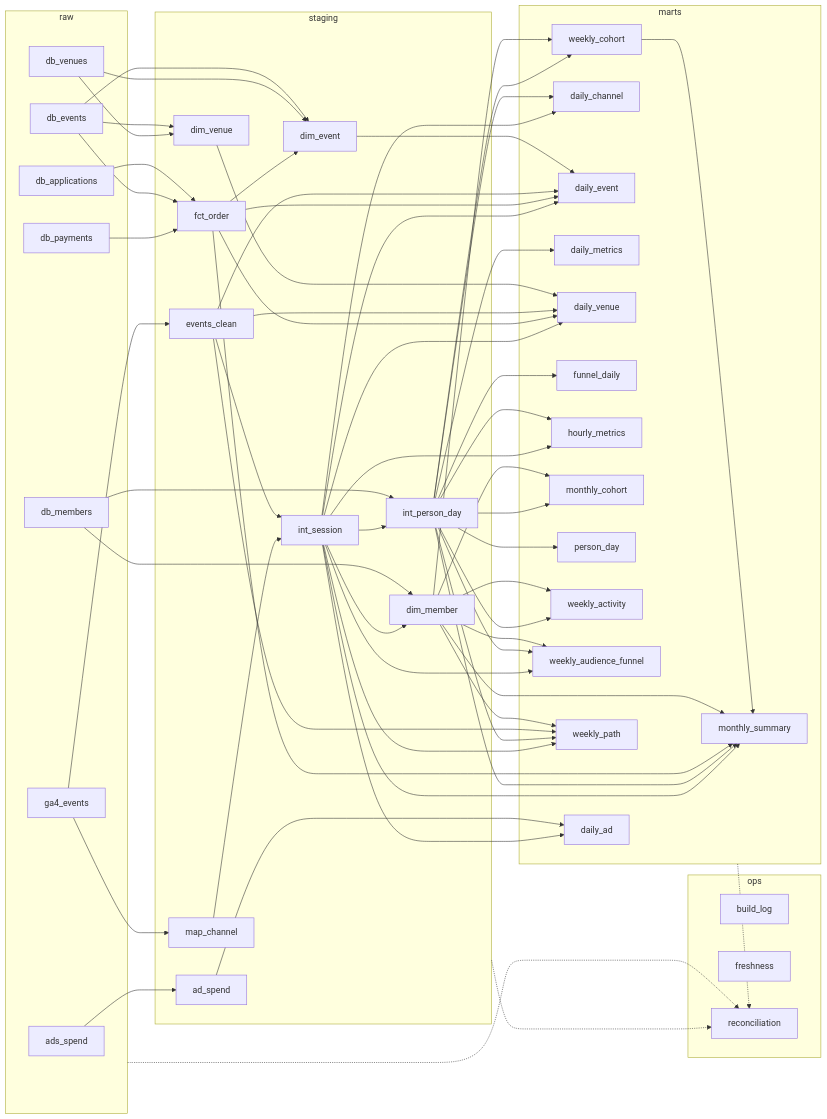
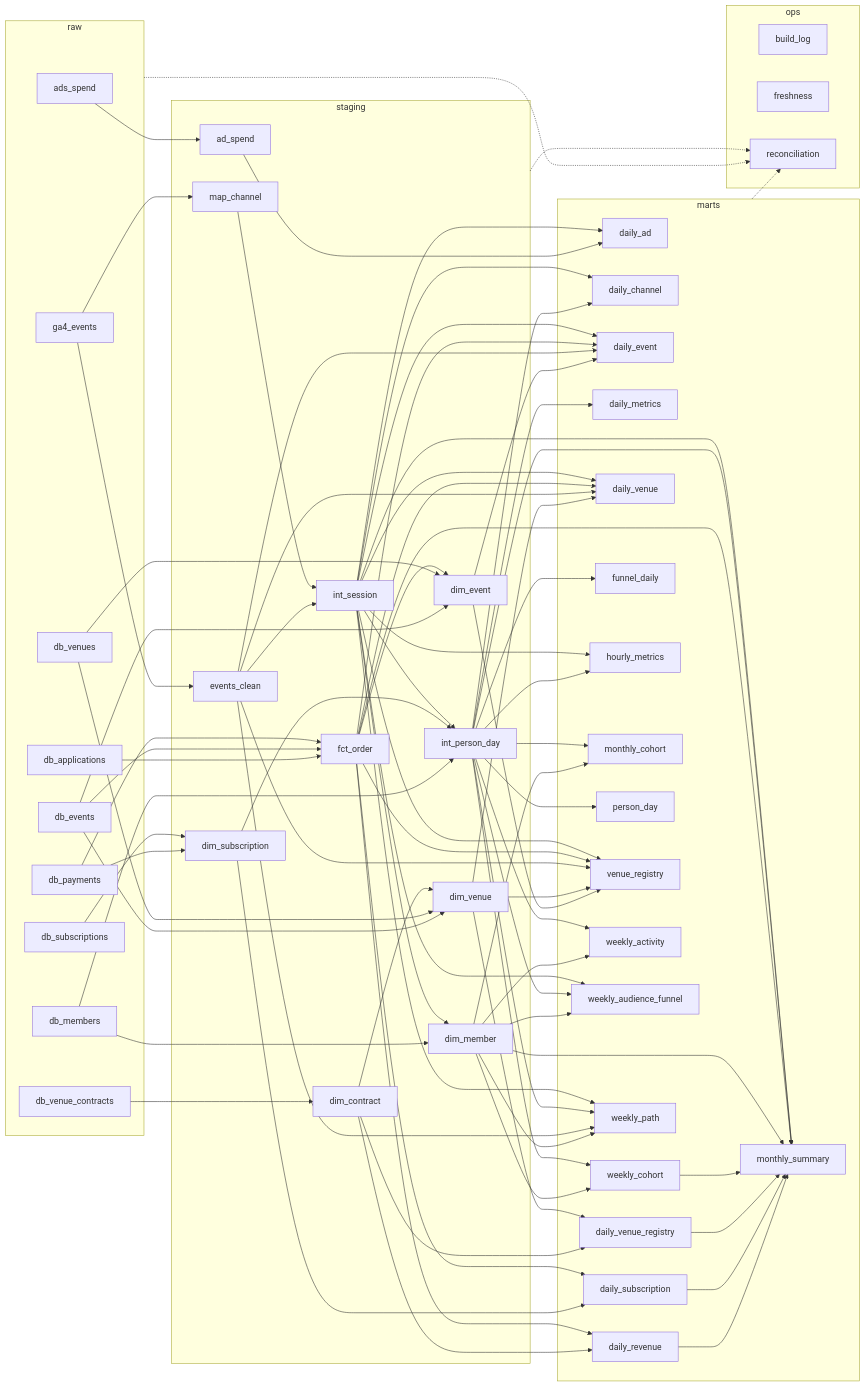
Before and after one commit to youuuchul/nightpulse-analytics: the diagram in bigquery/README.md, drawn with Mermaid. The commit also changed other lines of this file and 92 other files, not shown here.

```diff
--- a/bigquery/README.md
+++ b/bigquery/README.md
@@ -93,15 +101,19 @@
     raw_db_events["db_events"]
     raw_db_applications["db_applications"]
     raw_db_payments["db_payments"]
+    raw_db_venue_contracts["db_venue_contracts"]
+    raw_db_subscriptions["db_subscriptions"]
     raw_ads_spend["ads_spend"]
   end
   subgraph staging
     staging_map_channel["map_channel"]
     staging_events_clean["events_clean"]
     staging_int_session["int_session"]
+    staging_dim_subscription["dim_subscription"]
     staging_int_person_day["int_person_day"]
     staging_dim_member["dim_member"]
     staging_ad_spend["ad_spend"]
+    staging_dim_contract["dim_contract"]
     staging_dim_event["dim_event"]
     staging_dim_venue["dim_venue"]
     staging_fct_order["fct_order"]
@@ -111,12 +123,16 @@
     marts_daily_channel["daily_channel"]
     marts_daily_event["daily_event"]
     marts_daily_metrics["daily_metrics"]
+    marts_daily_revenue["daily_revenue"]
+    marts_daily_subscription["daily_subscription"]
     marts_daily_venue["daily_venue"]
+    marts_daily_venue_registry["daily_venue_registry"]
     marts_funnel_daily["funnel_daily"]
     marts_hourly_metrics["hourly_metrics"]
     marts_monthly_cohort["monthly_cohort"]
     marts_monthly_summary["monthly_summary"]
     marts_person_day["person_day"]
+    marts_venue_registry["venue_registry"]
     marts_weekly_activity["weekly_activity"]
     marts_weekly_audience_funnel["weekly_audience_funnel"]
     marts_weekly_cohort["weekly_cohort"]
@@ -131,16 +147,21 @@
   raw_ga4_events --> staging_events_clean
   staging_events_clean --> staging_int_session
   staging_map_channel --> staging_int_session
+  raw_db_payments --> staging_dim_subscription
+  raw_db_subscriptions --> staging_dim_subscription
   raw_db_members --> staging_int_person_day
+  staging_dim_subscription --> staging_int_person_day
   staging_int_session --> staging_int_person_day
   raw_db_members --> staging_dim_member
   staging_int_session --> staging_dim_member
   raw_ads_spend --> staging_ad_spend
+  raw_db_venue_contracts --> staging_dim_contract
   raw_db_events --> staging_dim_event
   raw_db_venues --> staging_dim_event
   staging_fct_order --> staging_dim_event
   raw_db_events --> staging_dim_venue
   raw_db_venues --> staging_dim_venue
+  staging_dim_contract --> staging_dim_venue
   raw_db_applications --> staging_fct_order
   raw_db_events --> staging_fct_order
   raw_db_payments --> staging_fct_order
@@ -153,21 +174,35 @@
   staging_fct_order --> marts_daily_event
   staging_int_session --> marts_daily_event
   staging_int_person_day --> marts_daily_metrics
+  staging_dim_contract --> marts_daily_revenue
+  staging_fct_order --> marts_daily_revenue
+  staging_dim_subscription --> marts_daily_subscription
+  staging_fct_order --> marts_daily_subscription
   staging_dim_venue --> marts_daily_venue
   staging_events_clean --> marts_daily_venue
   staging_fct_order --> marts_daily_venue
   staging_int_session --> marts_daily_venue
+  staging_dim_contract --> marts_daily_venue_registry
+  staging_dim_venue --> marts_daily_venue_registry
   staging_int_person_day --> marts_funnel_daily
   staging_int_person_day --> marts_hourly_metrics
   staging_int_session --> marts_hourly_metrics
   staging_dim_member --> marts_monthly_cohort
   staging_int_person_day --> marts_monthly_cohort
+  marts_daily_revenue --> marts_monthly_summary
+  marts_daily_subscription --> marts_monthly_summary
+  marts_daily_venue_registry --> marts_monthly_summary
   marts_weekly_cohort --> marts_monthly_summary
   staging_dim_member --> marts_monthly_summary
   staging_fct_order --> marts_monthly_summary
   staging_int_person_day --> marts_monthly_summary
   staging_int_session --> marts_monthly_summary
   staging_int_person_day --> marts_person_day
+  staging_dim_event --> marts_venue_registry
+  staging_dim_venue --> marts_venue_registry
+  staging_events_clean --> marts_venue_registry
+  staging_fct_order --> marts_venue_registry
+  staging_int_session --> marts_venue_registry
   staging_dim_member --> marts_weekly_activity
   staging_int_person_day --> marts_weekly_activity
   staging_dim_member --> marts_weekly_audience_funnel
```
